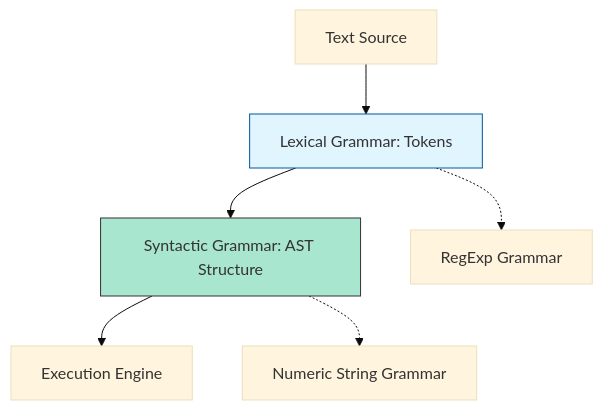
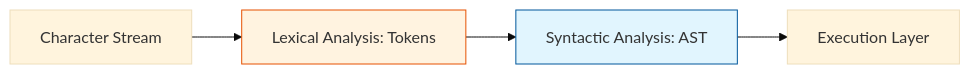
One commit to syahputrawork98-sketch/JavaScript-Learning-Hub changed the diagram in RAK-04-core-specification/SR-01-spec-algorithm-conventions/BK-02_GrammarNotationSystem/CH-01_GrammarNotation/README.md. Above: the diagram before and after it, drawn with Mermaid (base theme). The commit also changed other lines of this file and 30 other files, not shown here.

````diff
--- a/RAK-04-core-specification/SR-01-spec-algorithm-conventions/BK-02_GrammarNotationSystem/CH-01_GrammarNotation/README.md
+++ b/RAK-04-core-specification/SR-01-spec-algorithm-conventions/BK-02_GrammarNotationSystem/CH-01_GrammarNotation/README.md
@@ -24,12 +20,9 @@
 ```mermaid
-graph TD
-    Source[Text Source] --> Lex[Lexical Grammar: Tokens]
-    Lex --> Syn[Syntactic Grammar: AST Structure]
-    Syn --> Eval[Execution Engine]
+graph LR
+    Chars[Character Stream] --> Lex[Lexical Analysis: Tokens]
+    Lex --> Syn[Syntactic Analysis: AST]
+    Syn --> Exec[Execution Layer]
     
-    Lex -.-> RE[RegExp Grammar]
-    Syn -.-> NS[Numeric String Grammar]
-    
-    style Syn fill:#a8e6cf,stroke:#333
-    style Lex fill:#e1f5fe,stroke:#01579b
+    style Lex fill:#fff3e0,stroke:#e65100
+    style Syn fill:#e1f5fe,stroke:#01579b
 ```
````
